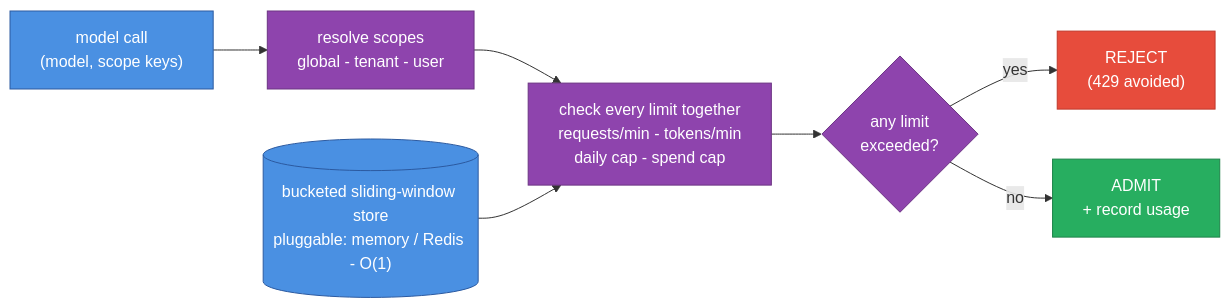
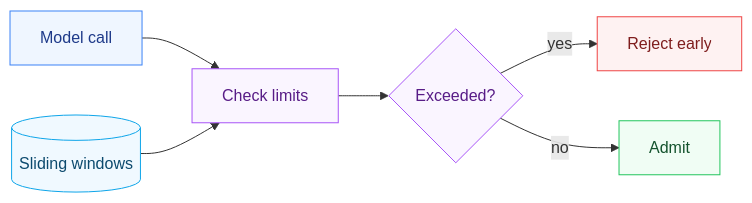
The diagram in README.md (parag-labs/quota-gate), drawn with Mermaid before and after one commit.

Commit message:
Simplify the README diagram: short labels, softer palette

````diff
--- a/README.md
+++ b/README.md
@@ -118,19 +118,19 @@
 ```mermaid
 flowchart LR
-  classDef proc fill:#4a90e2,stroke:#2c5aa0,color:#fff
-  classDef good fill:#27ae60,stroke:#1e8449,color:#fff
-  classDef bad fill:#e74c3c,stroke:#c0392b,color:#fff
-  classDef work fill:#8e44ad,stroke:#6c3483,color:#fff
-  CALL["model call<br/>(model, scope keys)"]:::proc
-  SCOPE["resolve scopes<br/>global - tenant - user"]:::work
-  CHECK["check every limit together<br/>requests/min - tokens/min<br/>daily cap - spend cap"]:::work
-  STORE[("bucketed sliding-window store<br/>pluggable: memory / Redis - O(1)")]:::proc
-  DEC{"any limit<br/>exceeded?"}:::work
-  REJECT["REJECT<br/>(429 avoided)"]:::bad
-  ADMIT["ADMIT<br/>+ record usage"]:::good
-  CALL --> SCOPE --> CHECK
+  classDef proc fill:#eff6ff,stroke:#3b82f6,color:#1e3a8a
+  classDef good fill:#f0fdf4,stroke:#22c55e,color:#14532d
+  classDef bad fill:#fef2f2,stroke:#ef4444,color:#7f1d1d
+  classDef work fill:#faf5ff,stroke:#a855f7,color:#581c87
+  classDef store fill:#f0f9ff,stroke:#0ea5e9,color:#0c4a6e
+  CALL["Model call"]:::proc
+  CHECK["Check limits"]:::work
+  STORE[("Sliding windows")]:::store
+  DEC{"Exceeded?"}:::work
+  REJECT["Reject early"]:::bad
+  ADMIT["Admit"]:::good
+  CALL --> CHECK
   STORE --> CHECK
   CHECK --> DEC
   DEC -->|yes| REJECT
   DEC -->|no| ADMIT
 ```
````
